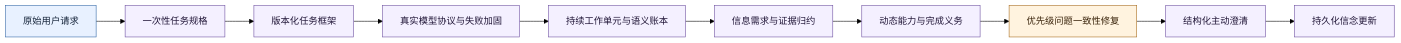
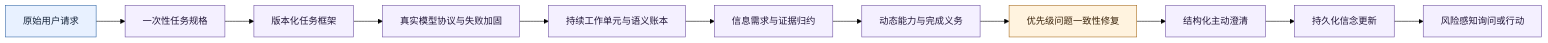
One commit to frustrated-frog/weavria changed the diagram in docs/intent-understanding-evolution/README.md. Above: the diagram before and after it, drawn with Mermaid (forest theme). The commit also changed other lines of this file and 21 other files, not shown here.

````diff
--- a/docs/intent-understanding-evolution/README.md
+++ b/docs/intent-understanding-evolution/README.md
@@ -35,19 +39,20 @@
 ```mermaid
 flowchart LR
     A[原始用户请求] --> B[一次性任务规格]
     B --> C[版本化任务框架]
     C --> D[真实模型协议与失败加固]
     D --> E[持续工作单元与语义账本]
     E --> F[信息需求与证据归约]
     F --> G[动态能力与完成义务]
     G --> H[优先级问题一致性修复]
     H --> I[结构化主动澄清]
     I --> J[持久化信念更新]
+    J --> K[风险感知询问或行动]
 
     classDef p1 fill:#e8f1ff,stroke:#3569a8,color:#132238
     classDef e1 fill:#f4f0ff,stroke:#6f52a2,color:#211638
     classDef r1 fill:#fff3df,stroke:#a86d1f,color:#3a240b
     class A p1
-    class B,C,D,E,F,G,I,J e1
+    class B,C,D,E,F,G,I,J,K e1
     class H r1
 ```
````
